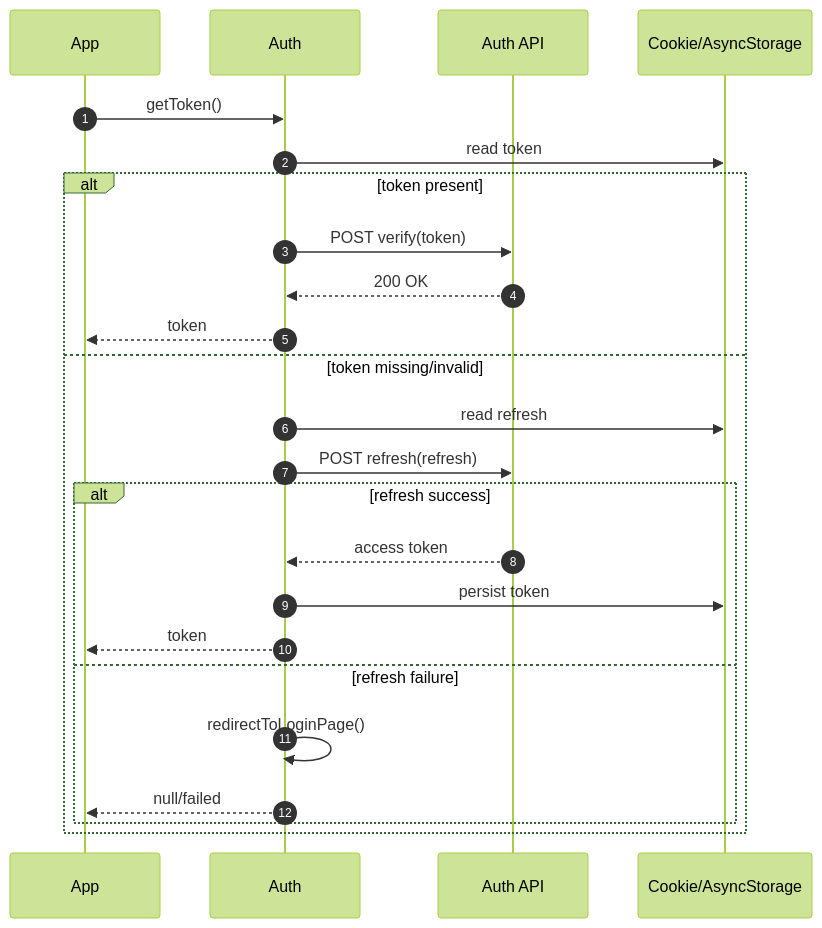
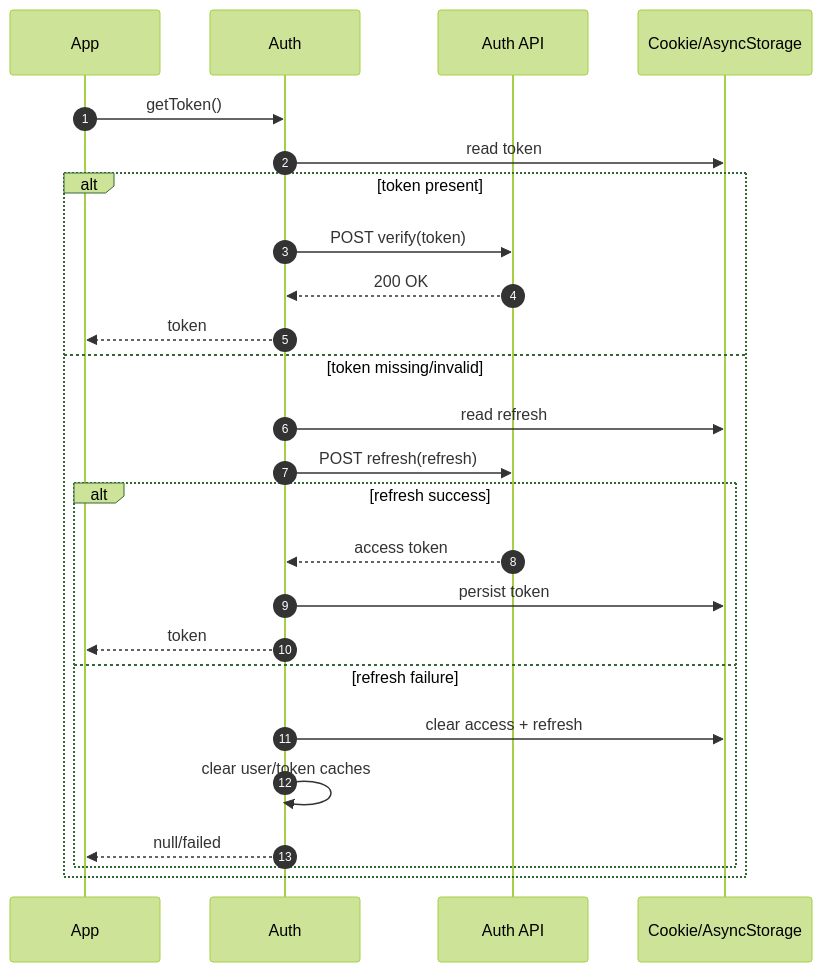
Before and after one commit to NETIX-AI-OSS/envoy-ts-auth: the second of 3 diagrams in README.md, drawn with Mermaid (forest theme). The commit also changed other lines of this file and 19 other files, not shown here.

````diff
--- a/README.md
+++ b/README.md
@@ -72,27 +79,28 @@
 ```mermaid
 sequenceDiagram
   autonumber
   participant App
   participant Auth
   participant API as Auth API
   participant Store as Cookie/AsyncStorage
 
   App->>Auth: getToken()
   Auth->>Store: read token
   alt token present
     Auth->>API: POST verify(token)
     API-->>Auth: 200 OK
     Auth-->>App: token
   else token missing/invalid
     Auth->>Store: read refresh
     Auth->>API: POST refresh(refresh)
     alt refresh success
       API-->>Auth: access token
       Auth->>Store: persist token
       Auth-->>App: token
     else refresh failure
-      Auth->>Auth: redirectToLoginPage()
+      Auth->>Store: clear access + refresh
+      Auth->>Auth: clear user/token caches
       Auth-->>App: null/failed
     end
   end
 ```
````
